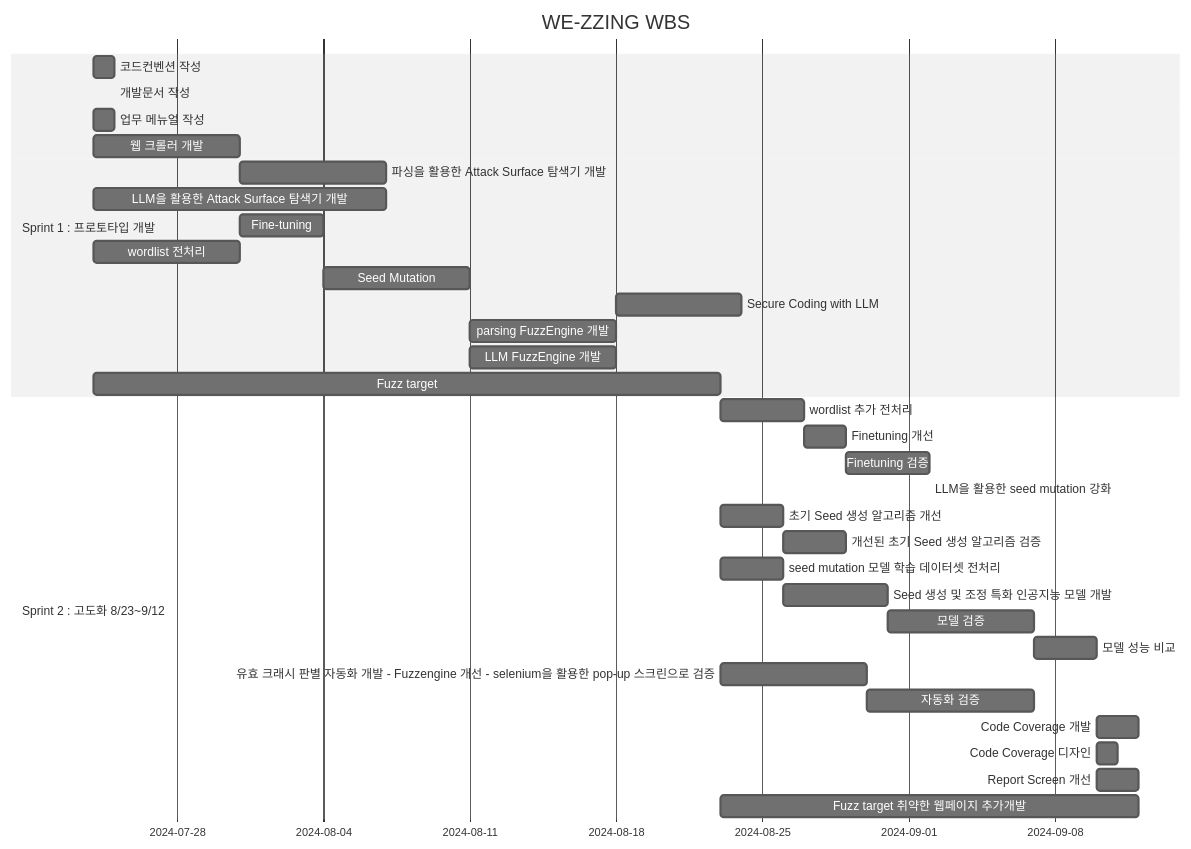
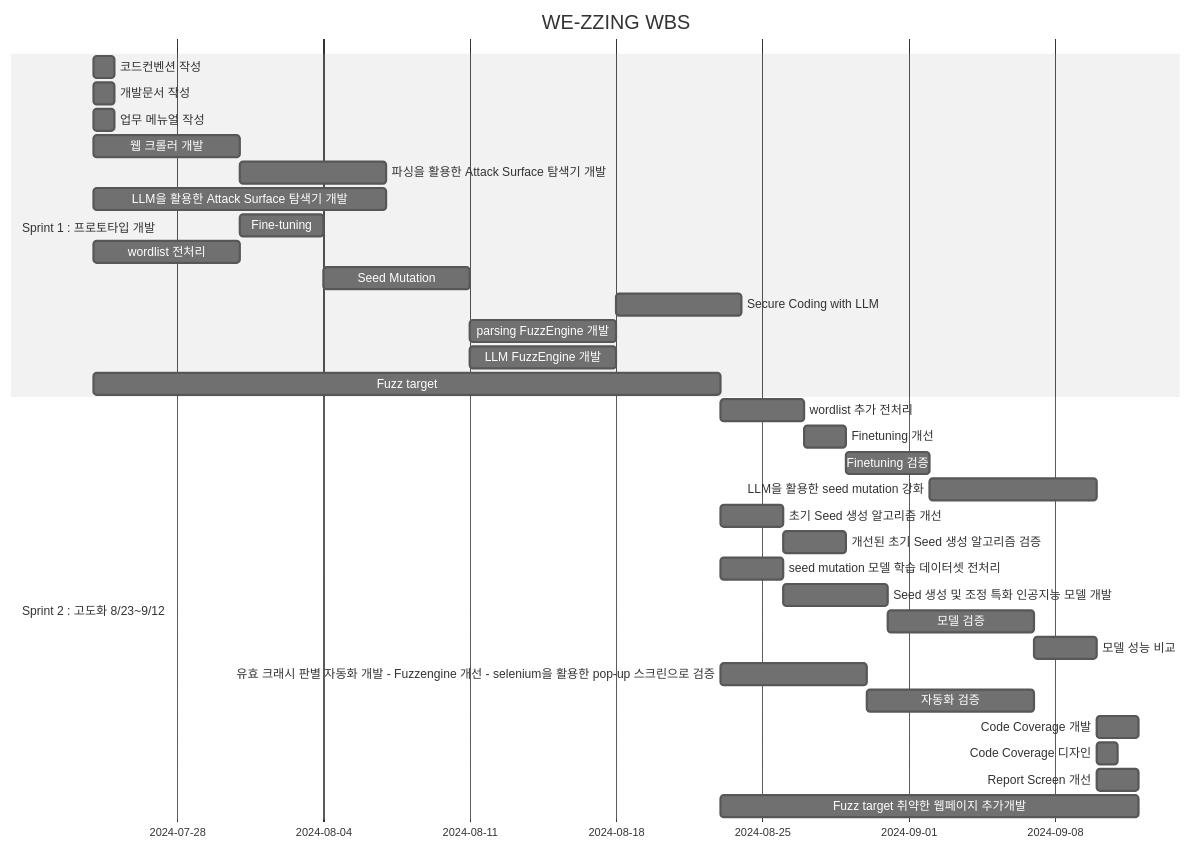
The diagram in README.md (www-spam/--), drawn with Mermaid (neutral theme) before and after one commit.

````diff
--- a/README.md
+++ b/README.md
@@ -2,40 +2,40 @@
 ```mermaid
 gantt
     title WE-ZZING WBS
     dateFormat  YY-MM-DD
     section Sprint 1 : 프로토타입 개발
 
 	코드컨벤션 작성                   : 2024-07-24, 1d
-        개발문서 작성                               :2024-07-24
+        개발문서 작성                               :2024-07-24, 1d
         업무 메뉴얼 작성                             :2024-07-24, 1d
         웹 크롤러 개발         :2024-07-24, 7d
 	파싱을 활용한 Attack Surface 탐색기 개발 : 2024-07-31, 7d
         LLM을 활용한 Attack Surface 탐색기 개발      :2024-07-24, 14d
         Fine-tuning                                 :2024-07-31, 4d
 	wordlist 전처리                                :2024-07-24, 7d
         Seed Mutation                               :2024-08-04, 7d
         Secure Coding with LLM                      :2024-08-18, 6d
         parsing FuzzEngine 개발                             :2024-08-11, 7d
 	LLM FuzzEngine 개발                          :2024-08-11, 7d
         Fuzz target : 취약한 웹페이지 개발            :2024-07-24, 30d
 
 	
     section Sprint 2 : 고도화 8/23~9/12
        	wordlist 추가 전처리 : 2024-08-23, 4d
 	Finetuning 개선	             :2024-08-27, 2d
 	Finetuning 검증             :2024-08-29, 4d
- 	LLM을 활용한 seed mutation 강화 : 프롬프트 튜닝&엔지니어링          :2024-09-02,
+ 	LLM을 활용한 seed mutation 강화 : 프롬프트 튜닝&엔지니어링          :2024-09-02, 8d
 	초기 Seed 생성 알고리즘 개선 :2024-08-23, 3d
 	개선된 초기 Seed 생성 알고리즘 검증 :2024-08-26, 3d
 	seed mutation 모델 학습 데이터셋 전처리 : 2024-08-23, 3d
         Seed 생성 및 조정 특화 인공지능 모델 개발           :2024-08-26, 5d
         모델 검증                                    :2024-08-31, 7d
         모델 성능 비교                                :2024-09-07, 3d
         유효 크래시 판별 자동화 개발 - Fuzzengine 개선 - selenium을 활용한 pop-up 스크린으로 검증        :2024-08-23, 7d
         자동화 검증                                  :2024-08-30, 8d
         Code Coverage 개발                                 :2024-09-10, 2d
 	Code Coverage 디자인                  :2024-09-10, 1d
         Report Screen 개선                           :2024-09-10, 2d
         Fuzz target 취약한 웹페이지 추가개발          : 2024-08-23, 20d
 
 ```
````
